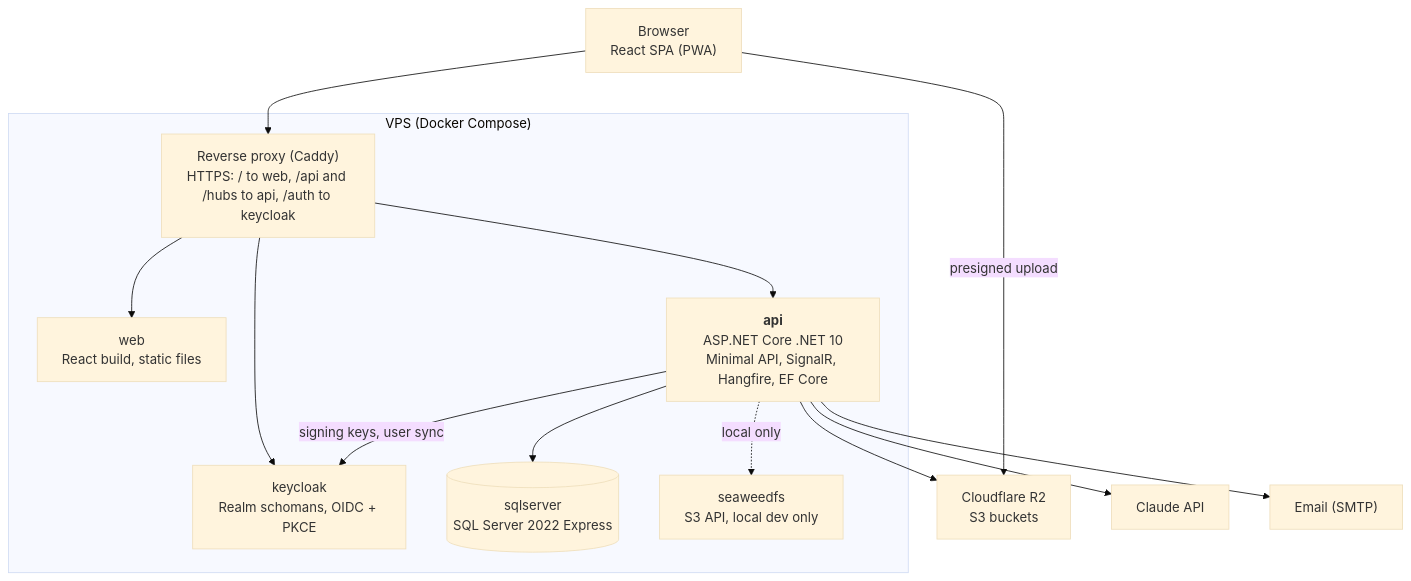
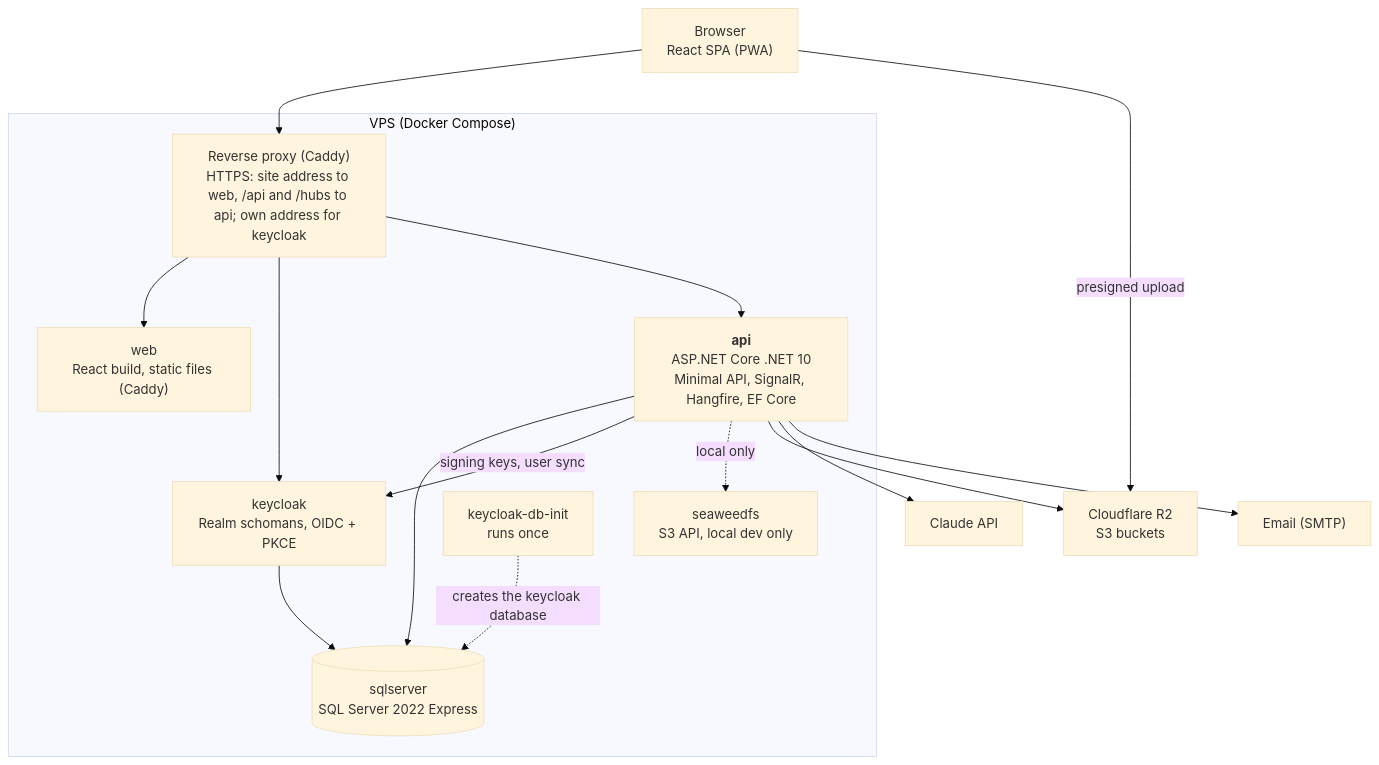
The diagram in docs/en/diagrams/containers.mmd (ridhwanhabib18/schomans), drawn with Mermaid (base theme) before and after one commit. The commit also changed 402 other files, not shown here.

```diff
--- a/docs/en/diagrams/containers.mmd
+++ b/docs/en/diagrams/containers.mmd
@@ -1,28 +1,31 @@
 %% Containers & deployment: one VPS runs every container; files, AI, and email are external
 flowchart TB
   browser["Browser<br/>React SPA (PWA)"]
 
   subgraph vps["VPS (Docker Compose)"]
-    proxy["Reverse proxy (Caddy)<br/>HTTPS: / to web, /api and /hubs to api, /auth to keycloak"]
-    web["web<br/>React build, static files"]
+    proxy["Reverse proxy (Caddy)<br/>HTTPS: site address to web, /api and /hubs to api; own address for keycloak"]
+    web["web<br/>React build, static files (Caddy)"]
     keycloak["keycloak<br/>Realm schomans, OIDC + PKCE"]
     api["<b>api</b><br/>ASP.NET Core .NET 10<br/>Minimal API, SignalR, Hangfire, EF Core"]
     sql[("sqlserver<br/>SQL Server 2022 Express")]
     seaweed["seaweedfs<br/>S3 API, local dev only"]
+    kcinit["keycloak-db-init<br/>runs once"]
   end
 
   r2["Cloudflare R2<br/>S3 buckets"]
   claude["Claude API"]
   smtp["Email (SMTP)"]
 
   browser --> proxy
   proxy --> web
   proxy --> keycloak
   proxy --> api
   api --> sql
   api -->|signing keys, user sync| keycloak
+  keycloak --> sql
+  kcinit -.->|creates the keycloak database| sql
   api -.->|local only| seaweed
   api --> r2
   api --> claude
   api --> smtp
   browser -->|presigned upload| r2
```
